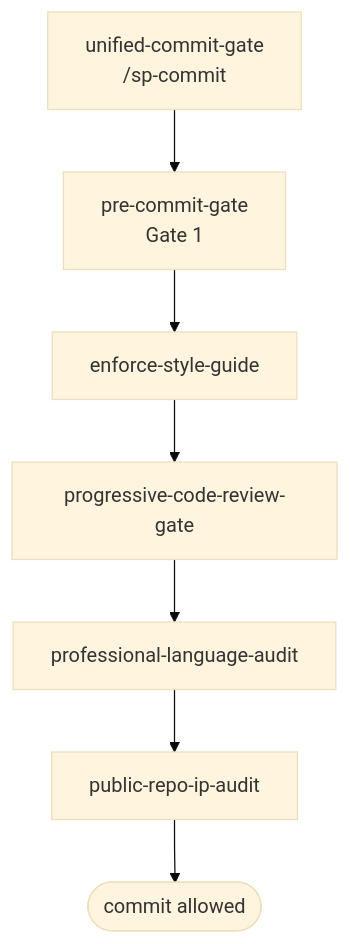
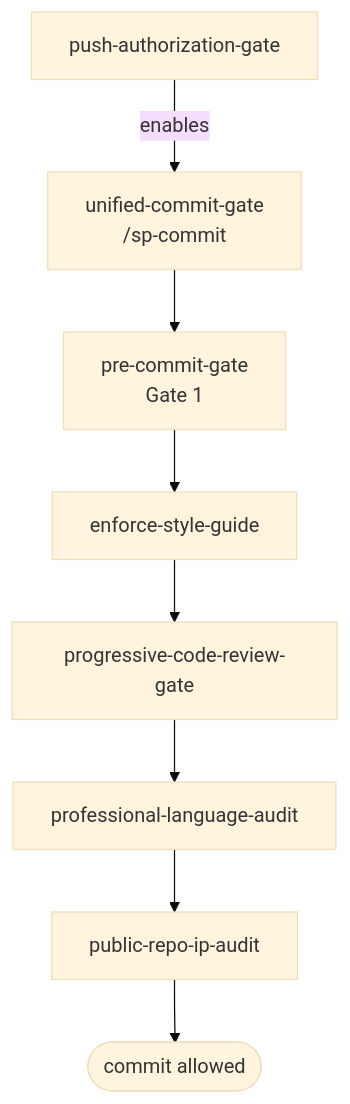
The third of 7 diagrams in docs/SKILL_TAXONOMY.md (bordenet/superpowers-plus), drawn with Mermaid (base theme) before and after one commit. The commit also changed other lines of this file and 15 other files, not shown here.

````diff
--- a/docs/SKILL_TAXONOMY.md
+++ b/docs/SKILL_TAXONOMY.md
@@ -108,12 +140,14 @@
 ```mermaid
 flowchart TD
+    PAG[push-authorization-gate]
     UCG[unified-commit-gate<br/>/sp-commit]
     PCG[pre-commit-gate<br/>Gate 1]
     ESG[enforce-style-guide]
     PCRG[progressive-code-review-gate]
     PLA[professional-language-audit]
     PRIA[public-repo-ip-audit]
     DONE([commit allowed])
 
+    PAG -->|enables| UCG
     UCG --> PCG --> ESG --> PCRG --> PLA --> PRIA --> DONE
 ```
````
